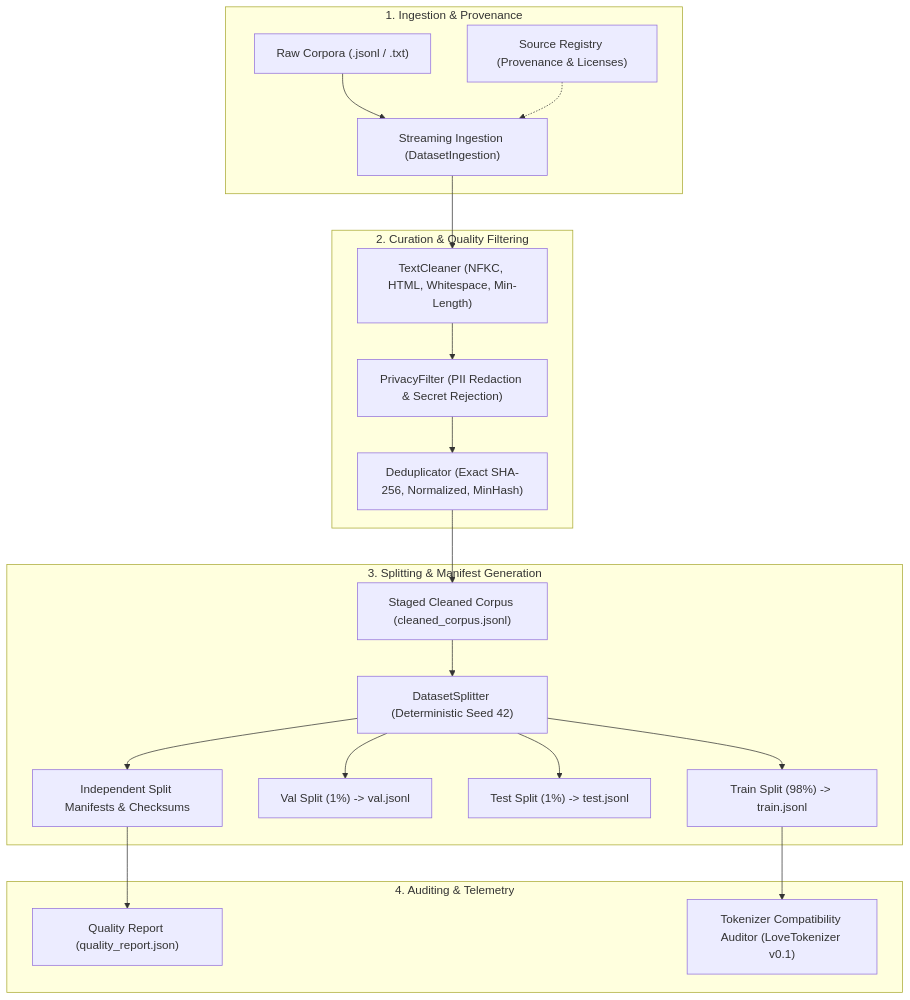
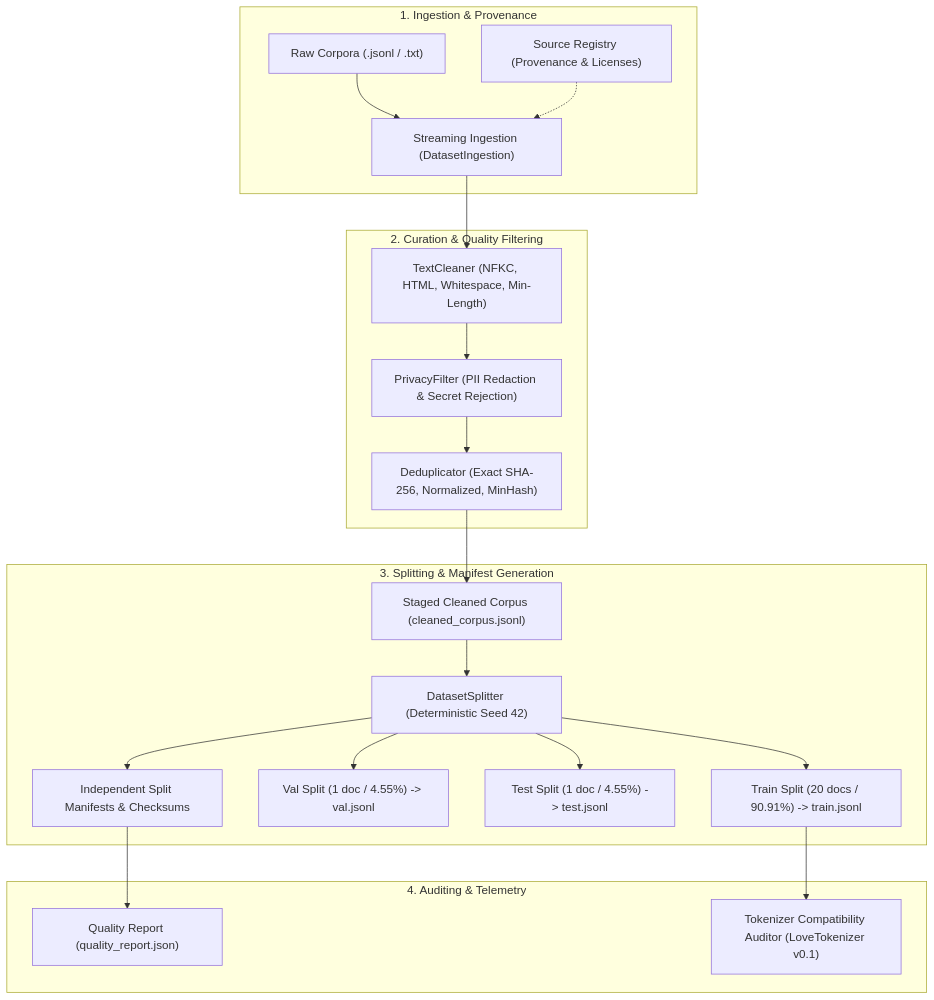
The diagram in native_ai/documentation/NAI_03_DATASET_ENGINEERING_AUDIT.md (Moneshwar-2005/Love), drawn with Mermaid before and after one commit. The commit also changed other lines of this file and 62 other files, not shown here.

````diff
--- a/native_ai/documentation/NAI_03_DATASET_ENGINEERING_AUDIT.md
+++ b/native_ai/documentation/NAI_03_DATASET_ENGINEERING_AUDIT.md
@@ -22,27 +22,27 @@
 ```mermaid
 flowchart TD
     subgraph RawData ["1. Ingestion & Provenance"]
         RawFiles["Raw Corpora (.jsonl / .txt)"] --> Ingest["Streaming Ingestion (DatasetIngestion)"]
         SourceReg["Source Registry (Provenance & Licenses)"] -.-> Ingest
     end
 
     subgraph CleaningDeduplication ["2. Curation & Quality Filtering"]
         Ingest --> Cleaner["TextCleaner (NFKC, HTML, Whitespace, Min-Length)"]
         Cleaner --> PrivFilter["PrivacyFilter (PII Redaction & Secret Rejection)"]
         PrivFilter --> Dedup["Deduplicator (Exact SHA-256, Normalized, MinHash)"]
     end
 
     subgraph SplittingStorage ["3. Splitting & Manifest Generation"]
         Dedup --> Staged["Staged Cleaned Corpus (cleaned_corpus.jsonl)"]
         Staged --> Splitter["DatasetSplitter (Deterministic Seed 42)"]
-        Splitter --> TrainSplit["Train Split (98%) -> train.jsonl"]
-        Splitter --> ValSplit["Val Split (1%) -> val.jsonl"]
-        Splitter --> TestSplit["Test Split (1%) -> test.jsonl"]
+        Splitter --> TrainSplit["Train Split (20 docs / 90.91%) -> train.jsonl"]
+        Splitter --> ValSplit["Val Split (1 doc / 4.55%) -> val.jsonl"]
+        Splitter --> TestSplit["Test Split (1 doc / 4.55%) -> test.jsonl"]
         Splitter --> Manifests["Independent Split Manifests & Checksums"]
     end
 
     subgraph QualityReporting ["4. Auditing & Telemetry"]
         Manifests --> QualReport["Quality Report (quality_report.json)"]
         TrainSplit --> TokAudit["Tokenizer Compatibility Auditor (LoveTokenizer v0.1)"]
     end
 ```
````
